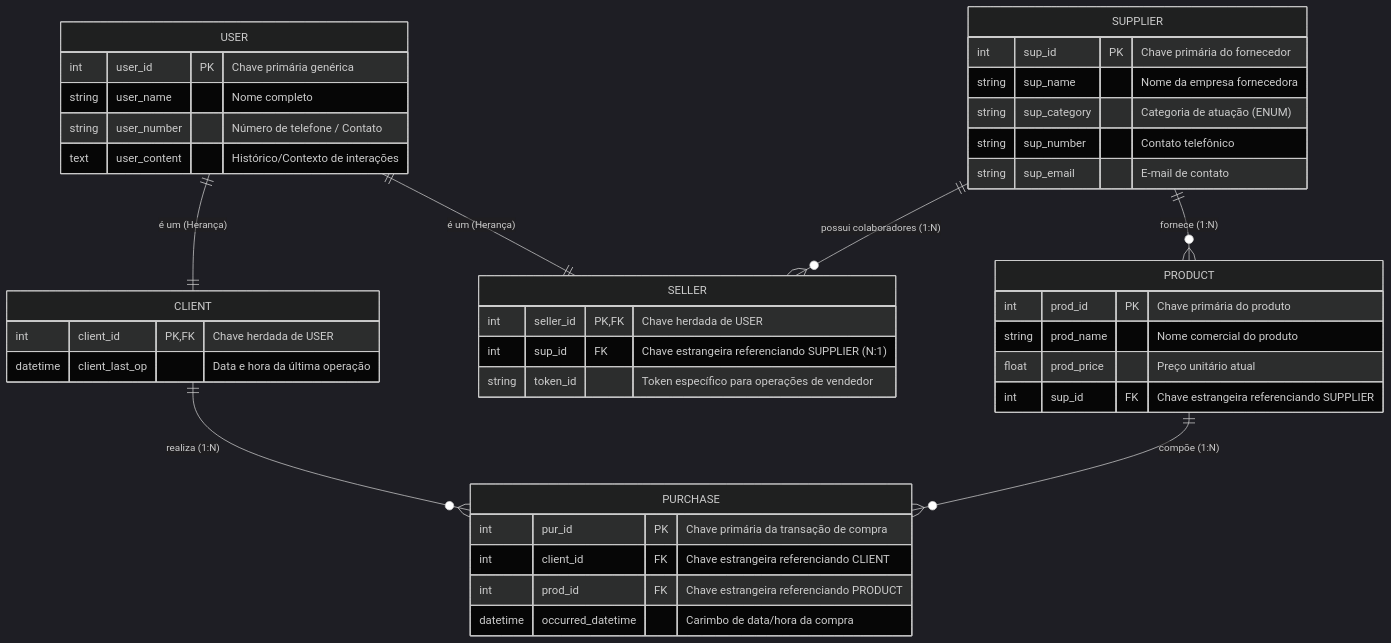
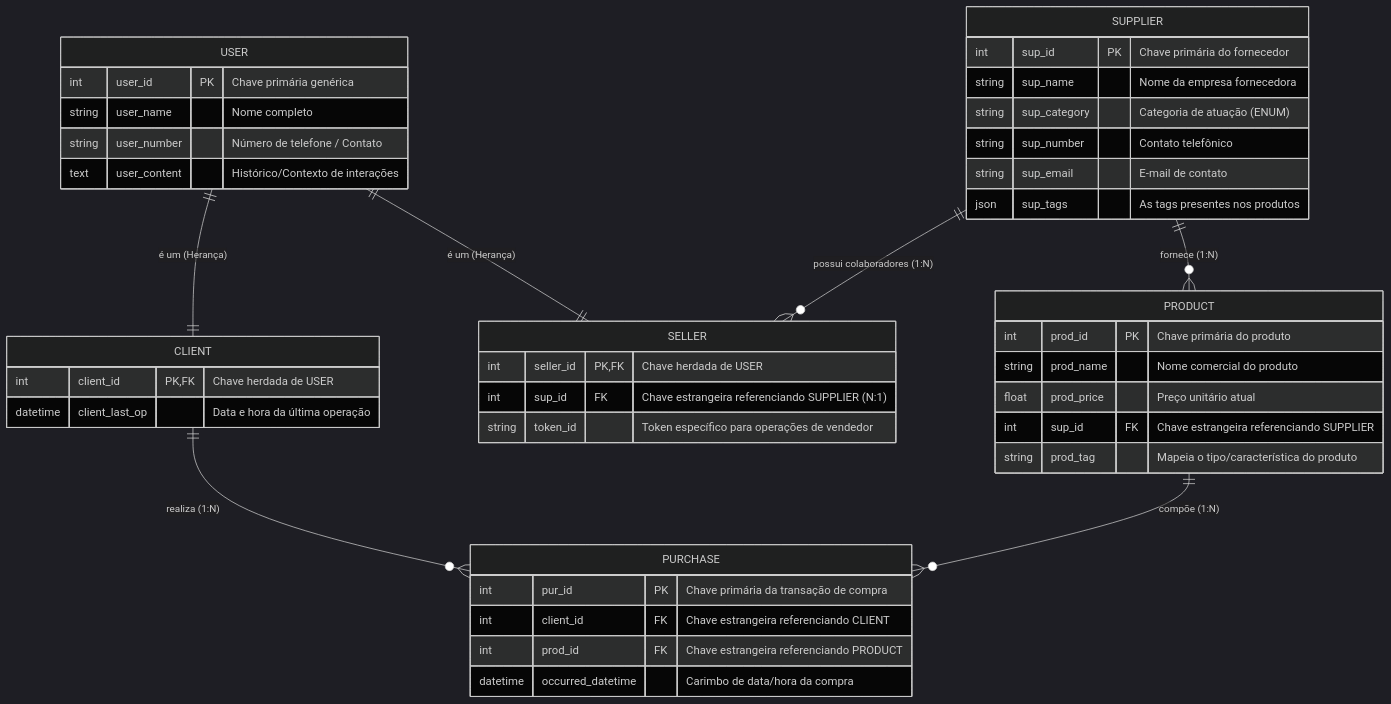
One commit to PiJunior-UFMG/POC_PI-importadora changed the diagram in README.md. Above: the diagram before and after it, drawn with Mermaid (dark theme). The commit also changed other lines of this file, not shown here.

Commit message:
fix: adicionando tarefas e atualizando mermaid

````diff
--- a/README.md
+++ b/README.md
@@ -5,52 +11,54 @@
 ```mermaid
 erDiagram
     USER {
         int user_id PK "Chave primária genérica"
         string user_name "Nome completo"
         string user_number "Número de telefone / Contato"
         text user_content "Histórico/Contexto de interações"
     }
 
     CLIENT {
         int client_id PK, FK "Chave herdada de USER"
         datetime client_last_op "Data e hora da última operação"
     }
 
     SELLER {
         int seller_id PK, FK "Chave herdada de USER"
         int sup_id FK "Chave estrangeira referenciando SUPPLIER (N:1)"
         string token_id "Token específico para operações de vendedor"
     }
 
     SUPPLIER {
         int sup_id PK "Chave primária do fornecedor"
         string sup_name "Nome da empresa fornecedora"
         string sup_category "Categoria de atuação (ENUM)"
         string sup_number "Contato telefônico"
         string sup_email "E-mail de contato"
+        json   sup_tags "As tags presentes nos produtos"
     }
 
     PRODUCT {
         int prod_id PK "Chave primária do produto"
         string prod_name "Nome comercial do produto"
         float prod_price "Preço unitário atual"
         int sup_id FK "Chave estrangeira referenciando SUPPLIER"
+        string prod_tag "Mapeia o tipo/característica do produto"
     }
 
     PURCHASE {
         int pur_id PK "Chave primária da transação de compra"
         int client_id FK "Chave estrangeira referenciando CLIENT"
         int prod_id FK "Chave estrangeira referenciando PRODUCT"
         datetime occurred_datetime "Carimbo de data/hora da compra"
     }
 
     %% Relações de Herança / Generalização
     USER ||--|| CLIENT : "é um (Herança)"
     USER ||--|| SELLER : "é um (Herança)"
 
     %% Relações do Negócio
     SUPPLIER ||--o{ SELLER : "possui colaboradores (1:N)"
     SUPPLIER ||--o{ PRODUCT : "fornece (1:N)"
     CLIENT ||--o{ PURCHASE : "realiza (1:N)"
     PRODUCT ||--o{ PURCHASE : "compõe (1:N)"
 ```
````
